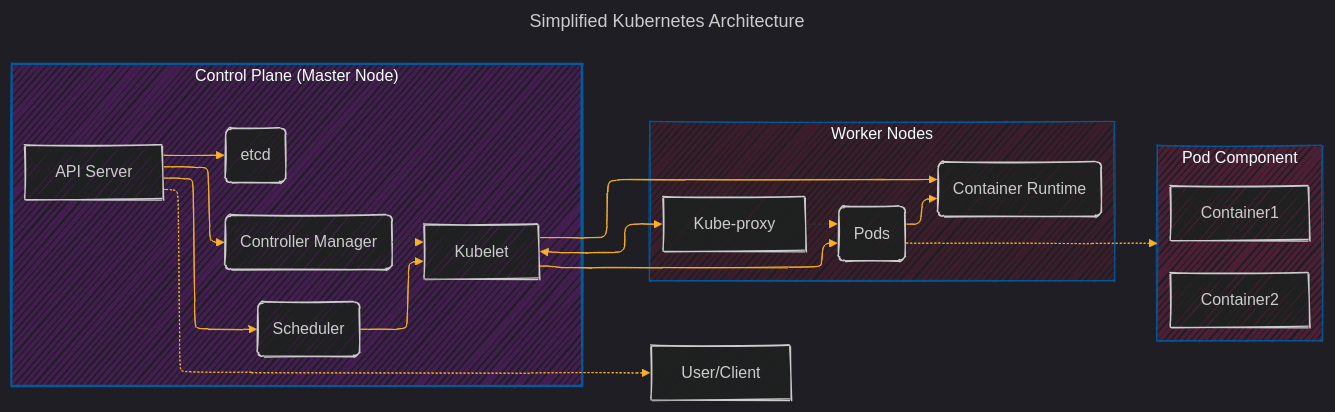
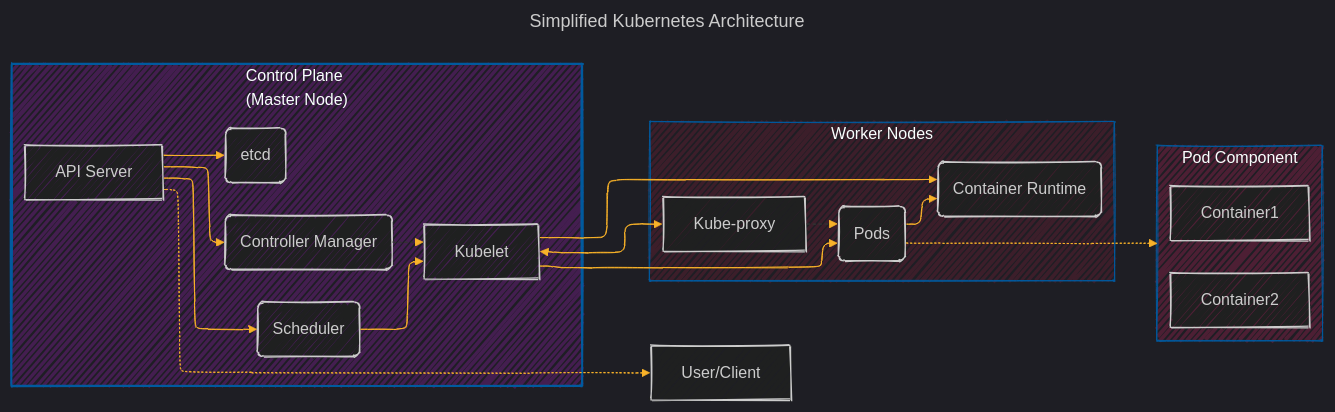
The diagram in README.md (CongLeSolutionX/ArchExplorer), drawn with Mermaid before and after one commit. The commit also changed other lines of this file, not shown here.

````diff
--- a/README.md
+++ b/README.md
@@ -120,60 +122,60 @@
 ```mermaid
 ---
 title: "Simplified Kubernetes Architecture"
 author: "Cong Le"
 version: "1.0"
 license(s): "MIT, CC BY 4.0"
 copyright: "Copyright (c) 2025 Cong Le. All Rights Reserved."
 config:
   layout: elk
   look: handDrawn
   theme: dark
 ---
 %%%%%%%% Mermaid version v11.4.1-b.14
 %%%%%%%% Toggle theme value to `base` to activate the initilization below for the customized theme version.
 %%%%%%%% Available curve styles include the following keywords:
 %% basis, bumpX, bumpY, cardinal, catmullRom, linear, monotoneX, monotoneY, natural, step, stepAfter, stepBefore.
 %%{
   init: {
     "graph": { "htmlLabels": false, 'curve': 'linear' },
     'fontFamily': 'Fantasy',
     'themeVariables': {
       'primaryColor': '#ffff',
       'primaryTextColor': '#55ff',
       'primaryBorderColor': '#7c2',
       'lineColor': '#F8B229',
       'secondaryColor': '#006100',
       'tertiaryColor': '#fff'
     }
   }
 }%%
 graph LR
-    subgraph Control_Plane["Control Plane (Master Node)"]
+    subgraph Control_Plane["Control Plane<br>(Master Node)"]
     style Control_Plane fill:#d2f3,stroke:#005a9e,stroke-width:2px
         A[API Server] --> B(Scheduler)
         A --> C(Controller Manager)
         A --> D(etcd)
         B --> E[Kubelet]
         C --> E
     end
 
     subgraph Worker_Nodes["Worker Nodes"]
         style Worker_Nodes fill:#f252,stroke:#005a9e,stroke-width:1px
         E --> F(Pods)
         E --> G(Container Runtime)
         F --> G
         H[Kube-proxy] --> F
         E <--> H
     end
   
     subgraph Pod_Component["Pod Component"]
         style Pod_Component fill:#a255,stroke:#005a9e,stroke-width:1px
         I[Container1]
         J[Container2]
     end
 
     A -.-> User["User/Client"]
     F -.-> Pod_Component
     linkStyle 4,8 stroke:#333,stroke-width:1px,stroke-dasharray: 3 3
 
 ```
````
